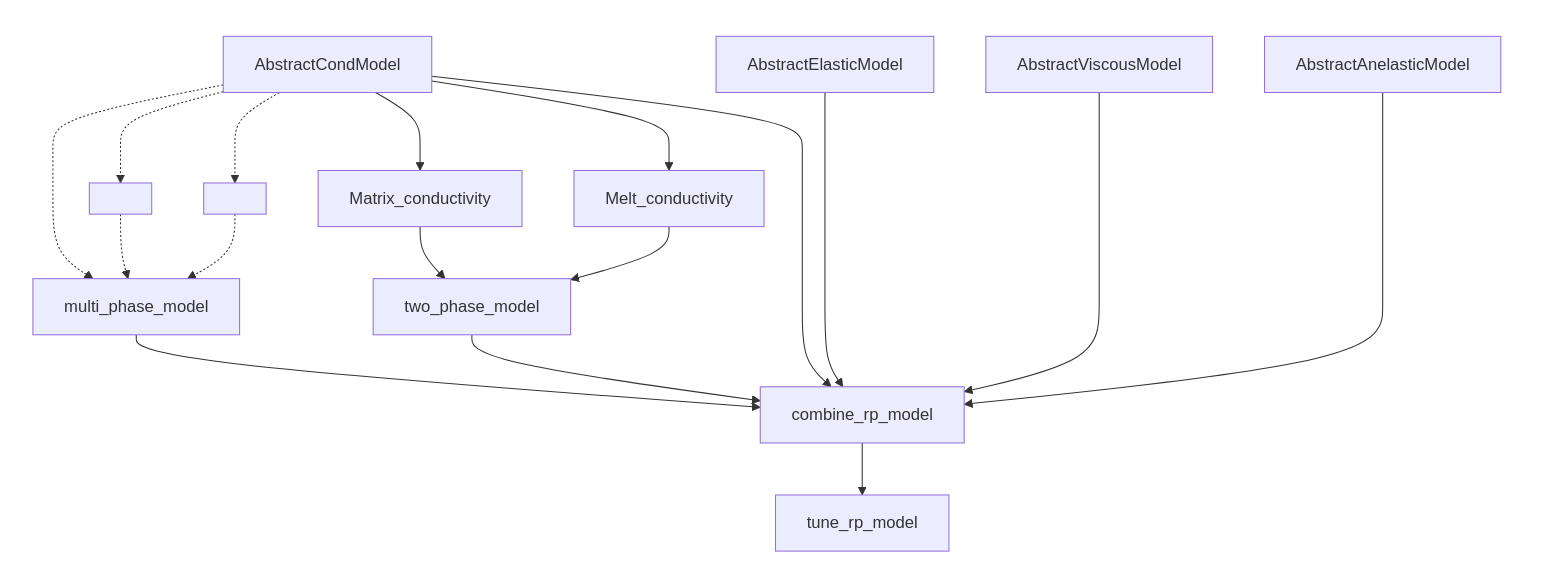
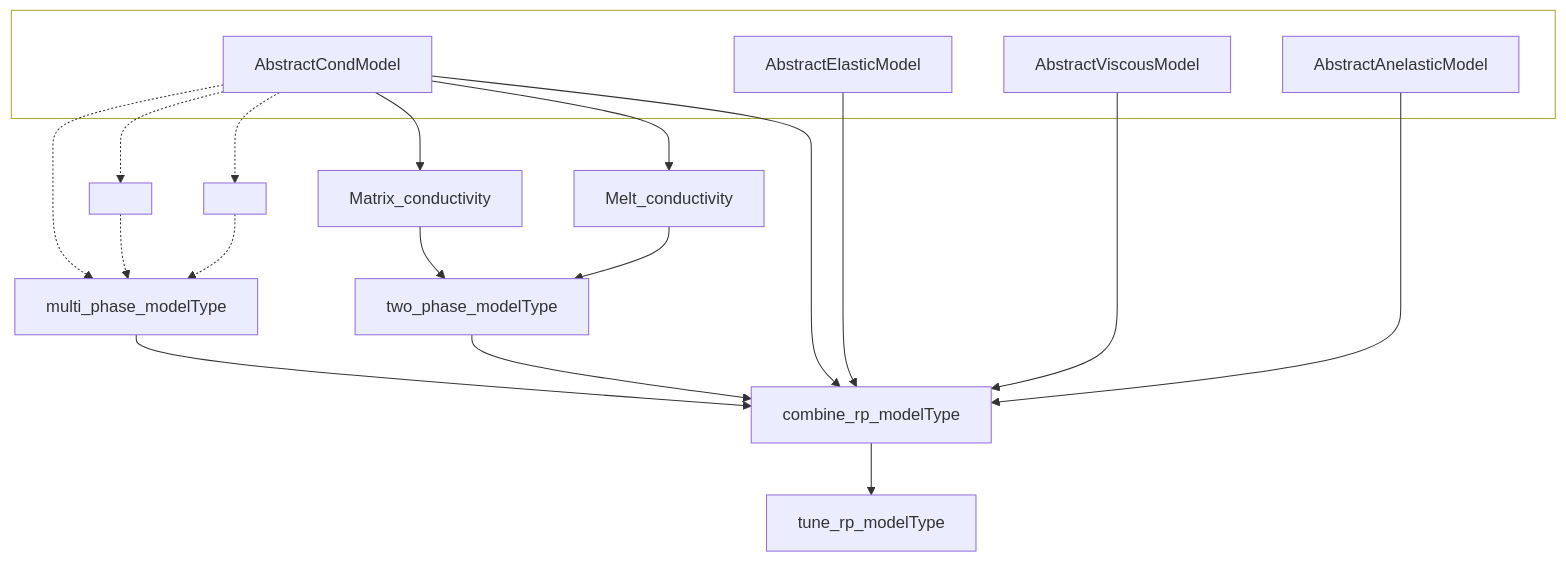
One commit to ayushinav/Porosity.jl changed the diagram in docs/src/intro/structure.md. Above: the diagram before and after it, drawn with Mermaid. The commit also changed other lines of this file and 10 other files, not shown here.

````diff
--- a/docs/src/intro/structure.md
+++ b/docs/src/intro/structure.md
@@ -9,28 +99,28 @@
 ```mermaid
 graph TD;
     subgraph L[ ]
         AbstractCondModel
         AbstractElasticModel
         AbstractViscousModel
         AbstractAnelasticModel
     end
 
     AbstractCondModel --> Matrix_conductivity;
     AbstractCondModel --> Melt_conductivity;
     AbstractCondModel -.-> m1[" "];
     AbstractCondModel -.-> m2[" "];
-    AbstractCondModel -.-> multi_phase_model;
-    m1 -.-> multi_phase_model
-    m2 -.-> multi_phase_model
-    multi_phase_model --> combine_rp_model
-    Matrix_conductivity --> two_phase_model;
-    Melt_conductivity --> two_phase_model;
-    two_phase_model --> combine_rp_model;
-    AbstractCondModel --> combine_rp_model;
-    AbstractElasticModel --> combine_rp_model;
-    AbstractViscousModel --> combine_rp_model;
-    AbstractAnelasticModel --> combine_rp_model;
-    combine_rp_model --> tune_rp_model;
+    AbstractCondModel -.-> multi_phase_modelType;
+    m1 -.-> multi_phase_modelType
+    m2 -.-> multi_phase_modelType
+    multi_phase_modelType --> combine_rp_modelType
+    Matrix_conductivity --> two_phase_modelType;
+    Melt_conductivity --> two_phase_modelType;
+    two_phase_modelType --> combine_rp_modelType;
+    AbstractCondModel --> combine_rp_modelType;
+    AbstractElasticModel --> combine_rp_modelType;
+    AbstractViscousModel --> combine_rp_modelType;
+    AbstractAnelasticModel --> combine_rp_modelType;
+    combine_rp_modelType --> tune_rp_modelType;
 
-    style L fill:#fff,stroke:#fff
+    style L fill:transparent
 ```
````
